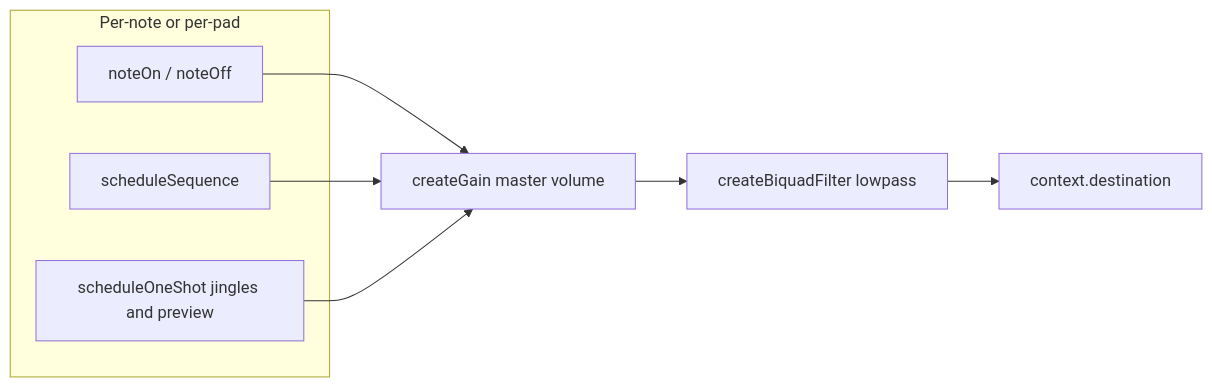
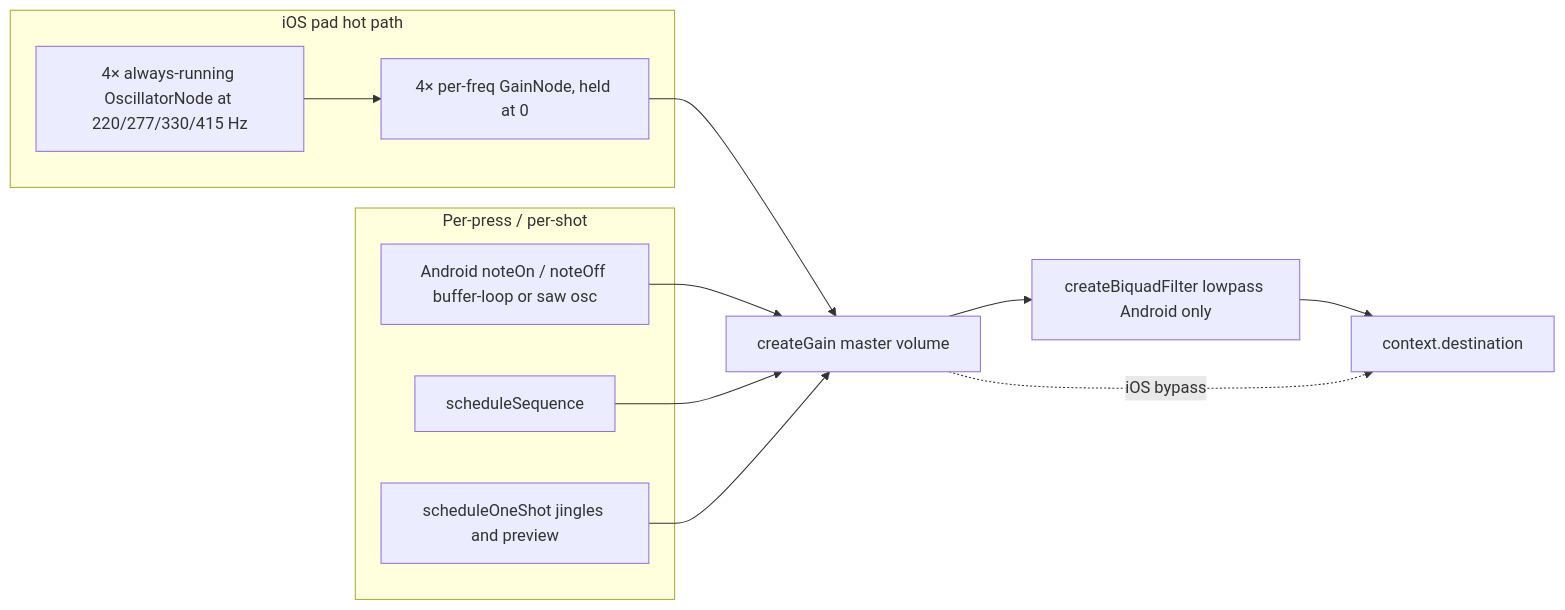
Before and after one commit to frankcalise/eco-mi: the diagram in docs/AUDIO-ARCHITECTURE.md, drawn with Mermaid. The commit also changed other lines of this file and 3 other files, not shown here.

````diff
--- a/docs/AUDIO-ARCHITECTURE.md
+++ b/docs/AUDIO-ARCHITECTURE.md
@@ -13,15 +14,22 @@
 ```mermaid
 flowchart LR
-  subgraph sources [Per-note or per-pad]
-    Pads[noteOn / noteOff]
+  subgraph ios [iOS pad hot path]
+    Pool[4× always-running OscillatorNode at 220/277/330/415 Hz]
+    Gates[4× per-freq GainNode, held at 0]
+    Pool --> Gates
+  end
+  subgraph perpress [Per-press / per-shot]
     Seq[scheduleSequence]
     Shots[scheduleOneShot jingles and preview]
+    AndroidPads[Android noteOn / noteOff buffer-loop or saw osc]
   end
   Vol[createGain master volume]
-  LP[createBiquadFilter lowpass]
-  Pads --> Vol
+  LP[createBiquadFilter lowpass Android only]
+  Gates --> Vol
+  AndroidPads --> Vol
   Seq --> Vol
   Shots --> Vol
   Vol --> LP
   LP --> Dest[context.destination]
+  Vol -. iOS bypass .-> Dest
 ```
````
